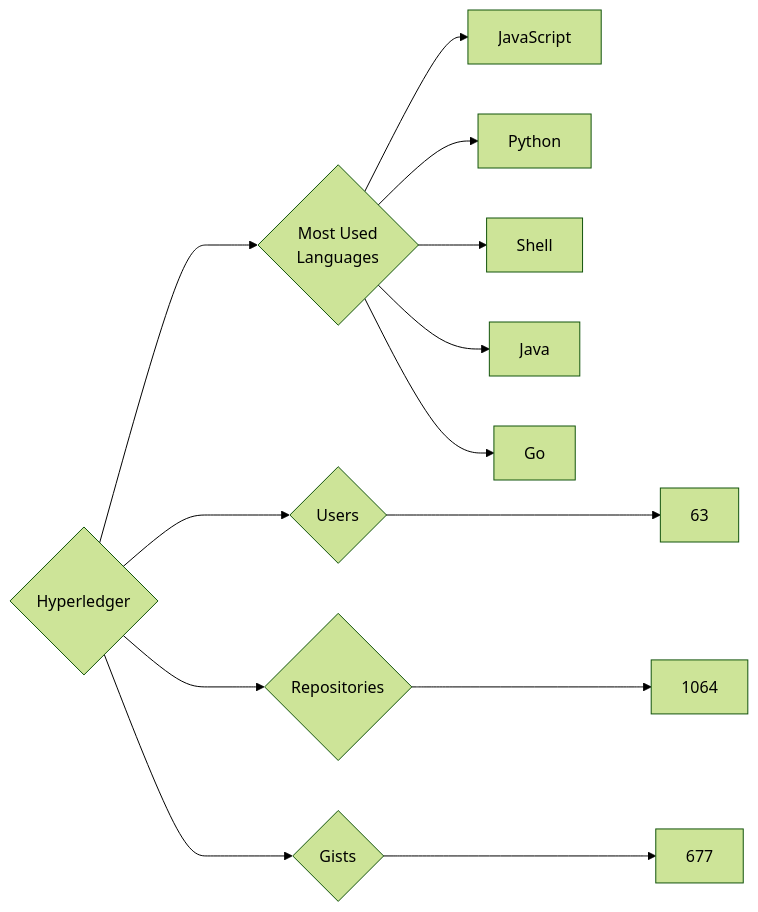
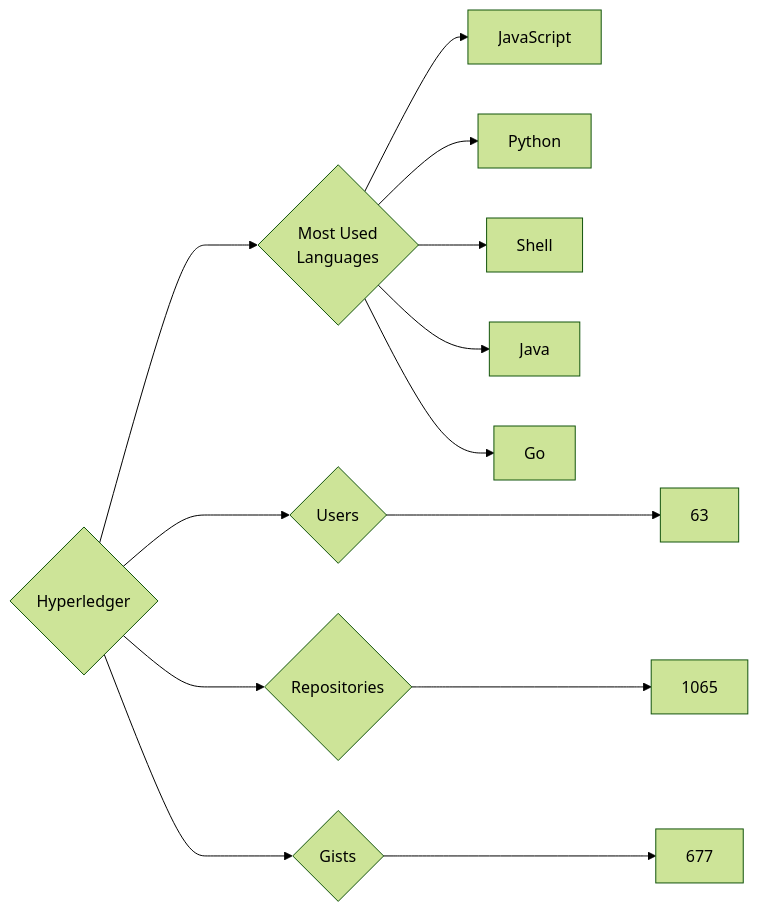
Before and after one commit to trickest/insiders: the diagram in targets/Hyperledger/README.md, drawn with Mermaid (forest theme). The commit also changed 699 other files, not shown here.

````diff
--- a/targets/Hyperledger/README.md
+++ b/targets/Hyperledger/README.md
@@ -3,13 +3,13 @@
 ```mermaid
 graph LR
 COMPANY_NAME{Hyperledger}
 COMPANY_NAME ---> U{Users} ---> UN[63]
-COMPANY_NAME ---> R{Repositories} ---> RN[1064]
+COMPANY_NAME ---> R{Repositories} ---> RN[1065]
 COMPANY_NAME ---> G{Gists} ---> GN[677]
 COMPANY_NAME ---> ML{Most Used<br>Languages}
 ML --> JavaScript[JavaScript]
 ML --> Python[Python]
 ML --> Shell[Shell]
 ML --> Java[Java]
 ML --> Go[Go]
 ```
````
